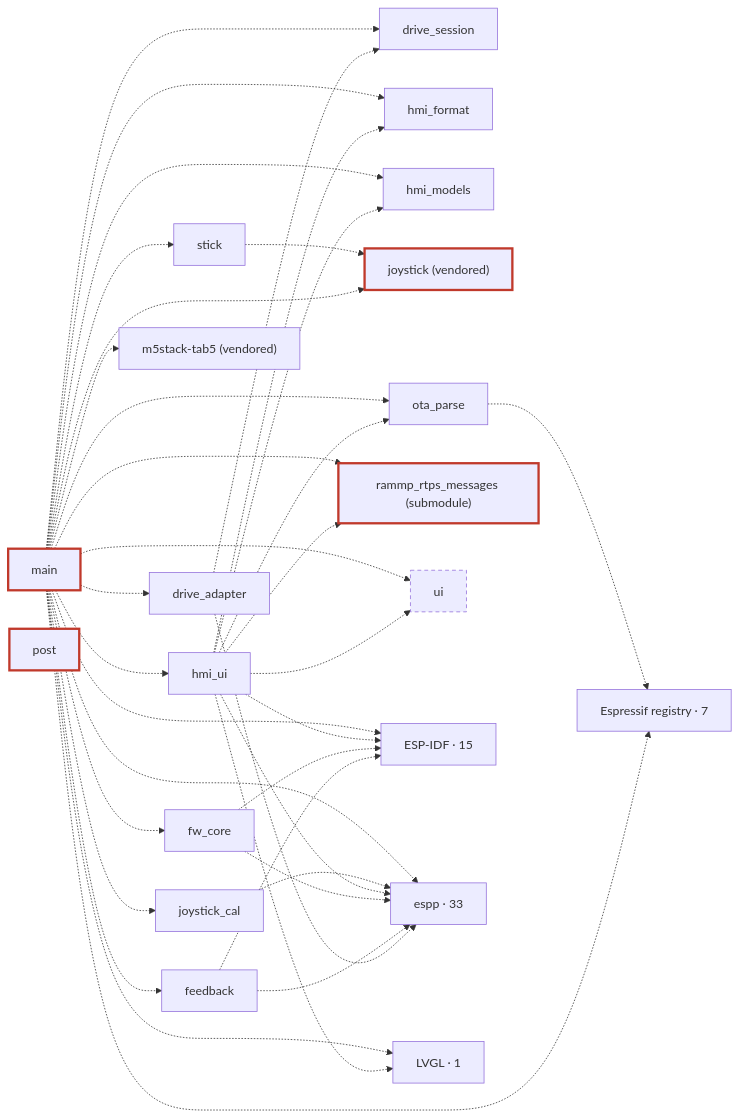
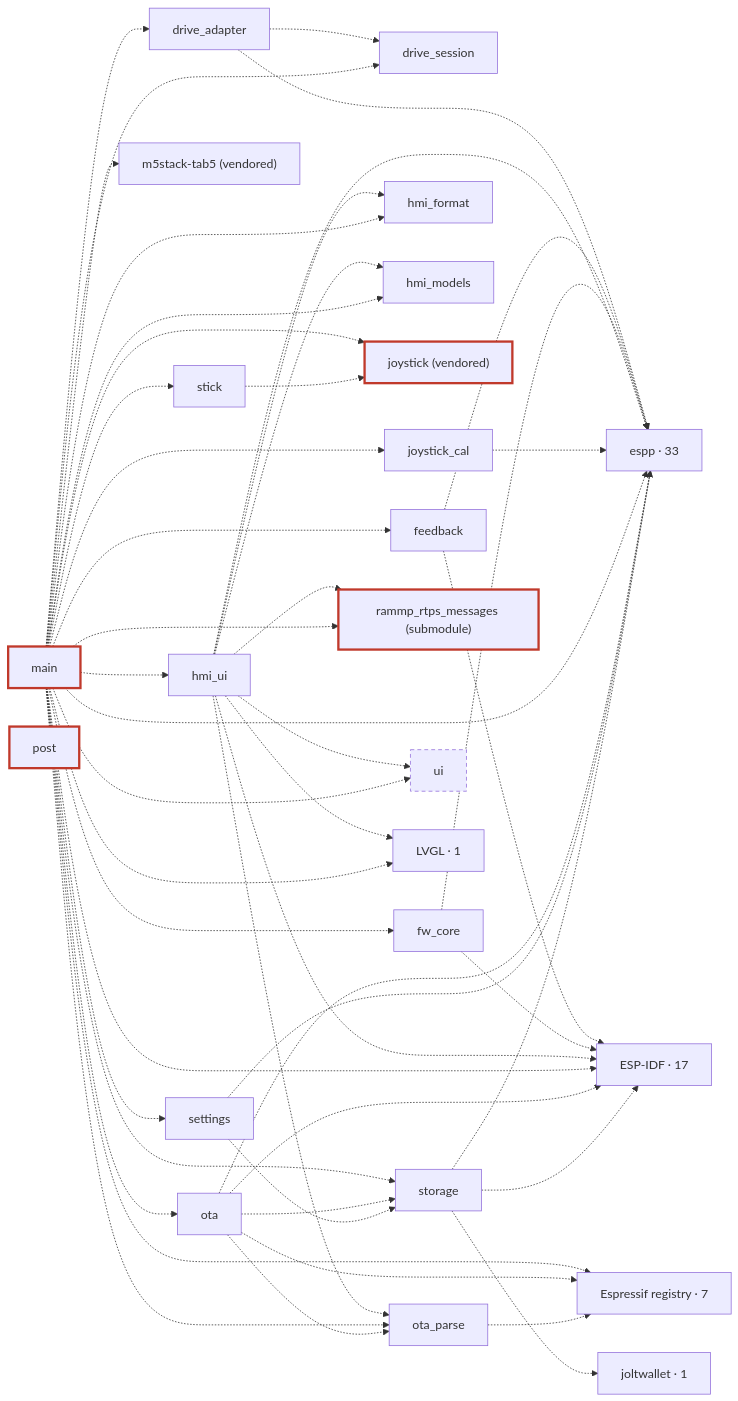
One commit to rammp-org/pace-hmi-fw changed the third of 3 diagrams in docs/architecture.md. Above: the diagram before and after it, drawn with Mermaid. The commit also changed other lines of this file and 3 other files, not shown here.

First line of the commit message:
docs: storage, settings and ota in the source map, the profile and D3; CS-LAY-01 deviation

````diff
--- a/docs/architecture.md
+++ b/docs/architecture.md
@@ -163,61 +163,78 @@
 ```mermaid
 flowchart LR
   c_drive_adapter["drive_adapter"]
   c_drive_session["drive_session"]
   c_feedback["feedback"]
   c_fw_core["fw_core"]
   c_hmi_format["hmi_format"]
   c_hmi_models["hmi_models"]
   c_hmi_ui["hmi_ui"]
   c_joystick["joystick (vendored)"]:::safety
   c_joystick_cal["joystick_cal"]
   c_m5stack_tab5["m5stack-tab5 (vendored)"]
   c_main["main"]:::safety
+  c_ota["ota"]
   c_ota_parse["ota_parse"]
   c_post["post"]:::safety
   c_rammp_rtps_messages["rammp_rtps_messages (submodule)"]:::safety
+  c_settings["settings"]
   c_stick["stick"]
+  c_storage["storage"]
   c_ui["ui"]:::gen
-  g_ESP_IDF["ESP-IDF · 15"]
+  g_ESP_IDF["ESP-IDF · 17"]
   g_espp["espp · 33"]
   g_Espressif_registry["Espressif registry · 7"]
+  g_joltwallet["joltwallet · 1"]
   g_LVGL["LVGL · 1"]
   c_drive_adapter -.-> c_drive_session
   c_drive_adapter -.-> g_espp
   c_feedback -.-> g_ESP_IDF
   c_feedback -.-> g_espp
   c_fw_core -.-> g_ESP_IDF
   c_fw_core -.-> g_espp
   c_hmi_ui -.-> c_hmi_format
   c_hmi_ui -.-> c_hmi_models
   c_hmi_ui -.-> c_ota_parse
   c_hmi_ui -.-> c_rammp_rtps_messages
   c_hmi_ui -.-> c_ui
   c_hmi_ui -.-> g_ESP_IDF
   c_hmi_ui -.-> g_espp
   c_hmi_ui -.-> g_LVGL
   c_joystick_cal -.-> g_espp
   c_main -.-> c_drive_adapter
   c_main -.-> c_drive_session
   c_main -.-> c_feedback
   c_main -.-> c_fw_core
   c_main -.-> c_hmi_format
   c_main -.-> c_hmi_models
   c_main -.-> c_hmi_ui
   c_main -.-> c_joystick
   c_main -.-> c_joystick_cal
   c_main -.-> c_m5stack_tab5
+  c_main -.-> c_ota
   c_main -.-> c_ota_parse
   c_main -.-> c_rammp_rtps_messages
+  c_main -.-> c_settings
   c_main -.-> c_stick
+  c_main -.-> c_storage
   c_main -.-> c_ui
   c_main -.-> g_ESP_IDF
   c_main -.-> g_espp
   c_main -.-> g_Espressif_registry
   c_main -.-> g_LVGL
+  c_ota -.-> c_ota_parse
+  c_ota -.-> c_storage
+  c_ota -.-> g_ESP_IDF
+  c_ota -.-> g_espp
+  c_ota -.-> g_Espressif_registry
   c_ota_parse -.-> g_Espressif_registry
+  c_settings -.-> c_storage
+  c_settings -.-> g_espp
   c_stick -.-> c_joystick
+  c_storage -.-> g_ESP_IDF
+  c_storage -.-> g_espp
+  c_storage -.-> g_joltwallet
   classDef hw fill:#d9dde3,stroke:#7a8590,color:#111
   classDef safety stroke:#c0392b,stroke-width:3px
   classDef gen stroke-dasharray:5 4
 ```
````
